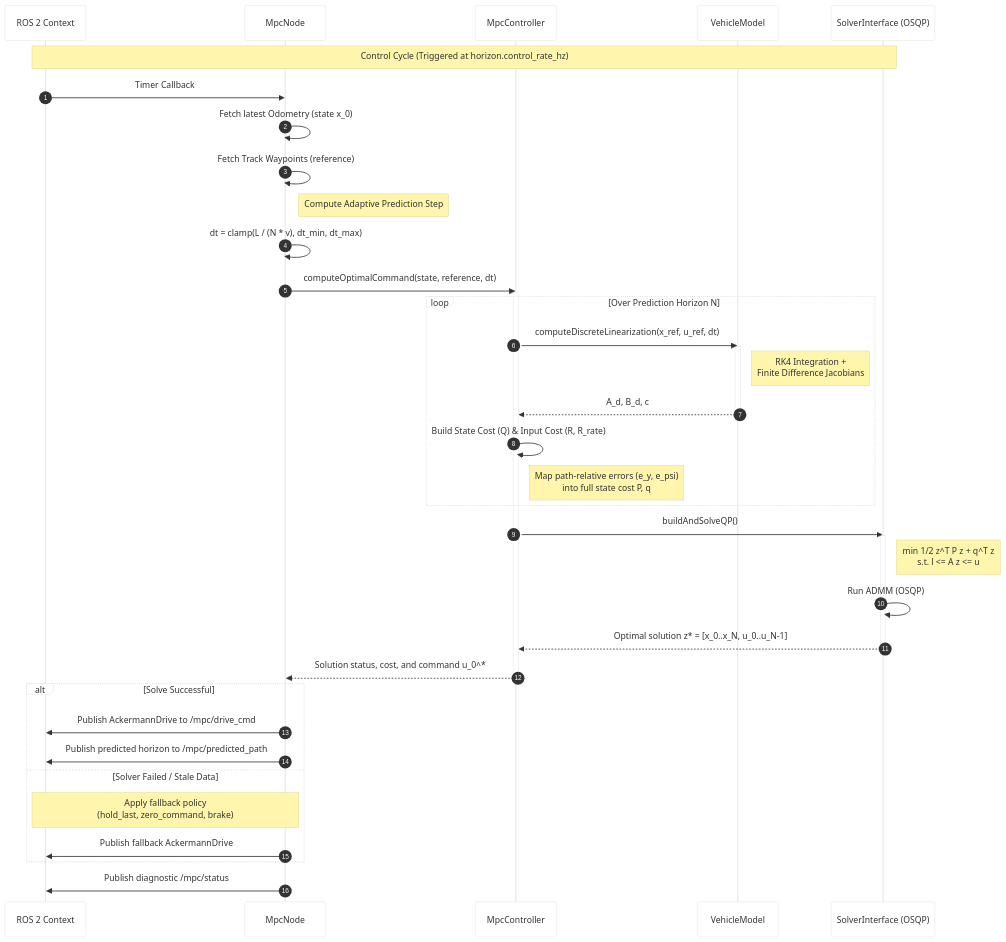
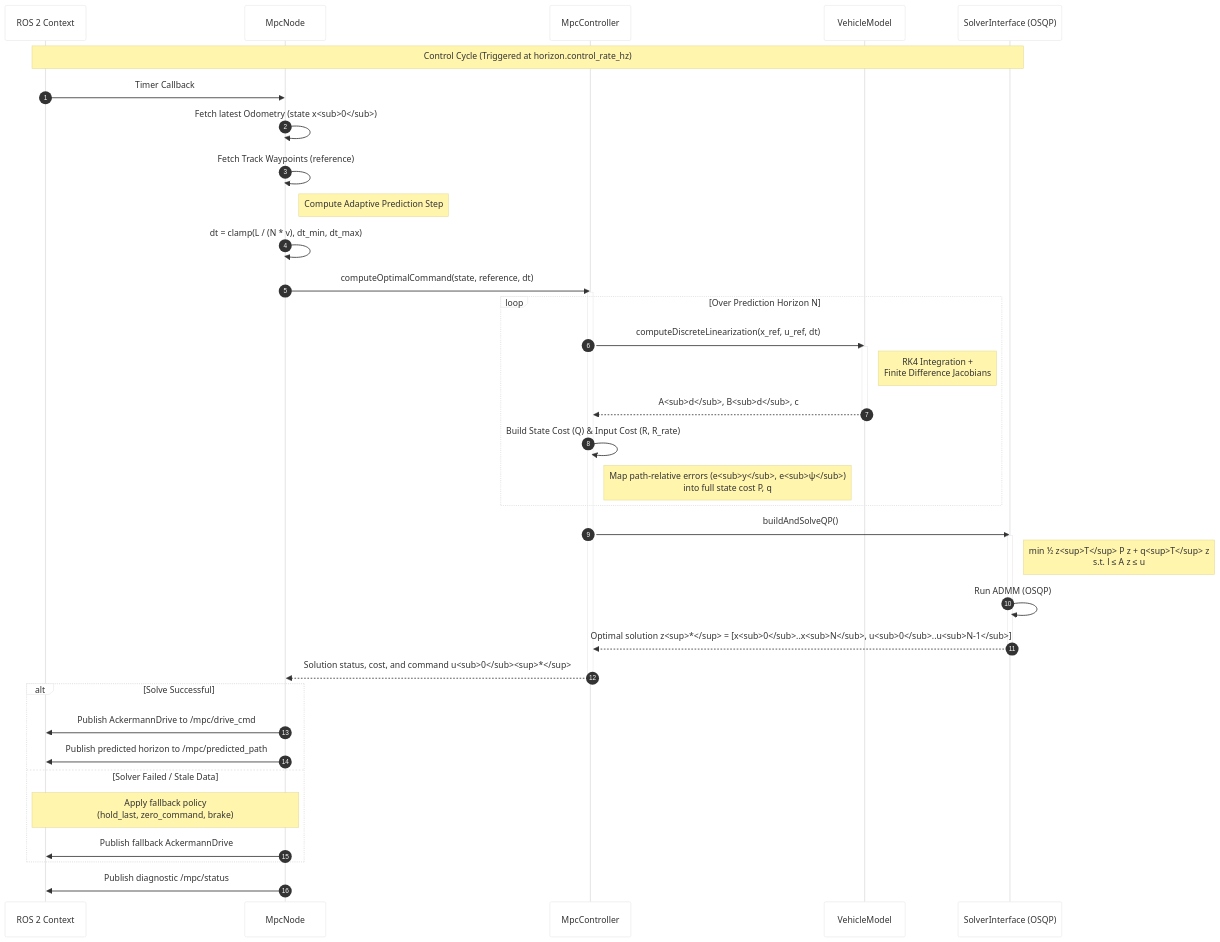
Before and after one commit to ebrahimabdelghfar/Ebrahim_Master_Thesis_repo: the diagram in docs/diagrams/mpc_sequence.mmd, drawn with Mermaid.

Commit message:
[FIX] render equeation

```diff
--- a/docs/diagrams/mpc_sequence.mmd
+++ b/docs/diagrams/mpc_sequence.mmd
@@ -1,50 +1,50 @@
 %%{init: {'theme': 'base', 'themeVariables': { 'fontFamily': 'serif', 'primaryColor': '#ffffff', 'edgeLabelBackground': '#ffffff'}}}%%
 sequenceDiagram
     autonumber
     participant ROS as ROS 2 Context
     participant Node as MpcNode
     participant Ctrl as MpcController
     participant Model as VehicleModel
     participant Solv as SolverInterface (OSQP)
 
     Note over ROS, Solv: Control Cycle (Triggered at horizon.control_rate_hz)
     ROS->>Node: Timer Callback
     
-    Node->>Node: Fetch latest Odometry (state x_0)
+    Node->>Node: Fetch latest Odometry (state x<sub>0</sub>)
     Node->>Node: Fetch Track Waypoints (reference)
     
     Note right of Node: Compute Adaptive Prediction Step
     Node->>Node: dt = clamp(L / (N * v), dt_min, dt_max)
     
     Node->>Ctrl: computeOptimalCommand(state, reference, dt)
     activate Ctrl
 
     loop Over Prediction Horizon N
         Ctrl->>Model: computeDiscreteLinearization(x_ref, u_ref, dt)
         activate Model
         Note right of Model: RK4 Integration +<br/>Finite Difference Jacobians
-        Model-->>Ctrl: A_d, B_d, c
+        Model-->>Ctrl: A<sub>d</sub>, B<sub>d</sub>, c
         deactivate Model
         
         Ctrl->>Ctrl: Build State Cost (Q) & Input Cost (R, R_rate)
-        Note right of Ctrl: Map path-relative errors (e_y, e_psi)<br/>into full state cost P, q
+        Note right of Ctrl: Map path-relative errors (e<sub>y</sub>, e<sub>ψ</sub>)<br/>into full state cost P, q
     end
 
     Ctrl->>Solv: buildAndSolveQP()
     activate Solv
-    Note right of Solv: min 1/2 z^T P z + q^T z<br/>s.t. l <= A z <= u
+    Note right of Solv: min ½ z<sup>T</sup> P z + q<sup>T</sup> z<br/>s.t. l ≤ A z ≤ u
     Solv->>Solv: Run ADMM (OSQP)
-    Solv-->>Ctrl: Optimal solution z* = [x_0..x_N, u_0..u_N-1]
+    Solv-->>Ctrl: Optimal solution z<sup>*</sup> = [x<sub>0</sub>..x<sub>N</sub>, u<sub>0</sub>..u<sub>N-1</sub>]
     deactivate Solv
 
-    Ctrl-->>Node: Solution status, cost, and command u_0^*
+    Ctrl-->>Node: Solution status, cost, and command u<sub>0</sub><sup>*</sup>
     deactivate Ctrl
 
     alt Solve Successful
         Node->>ROS: Publish AckermannDrive to /mpc/drive_cmd
         Node->>ROS: Publish predicted horizon to /mpc/predicted_path
     else Solver Failed / Stale Data
         Note over Node, ROS: Apply fallback policy<br/>(hold_last, zero_command, brake)
         Node->>ROS: Publish fallback AckermannDrive
     end
     Node->>ROS: Publish diagnostic /mpc/status
```
